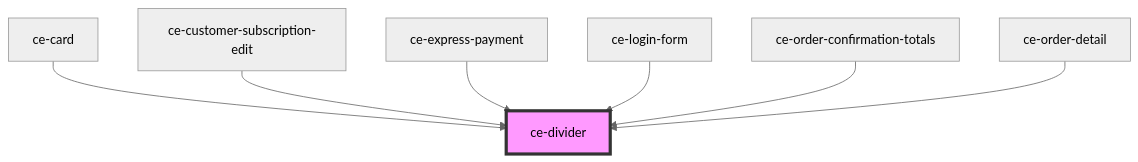
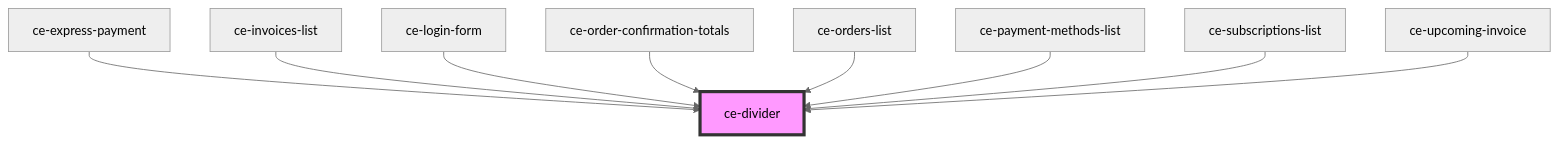
One commit to surecart/surecart-wp-plugin changed the diagram in packages/components/src/components/ui/divider/readme.md. Above: the diagram before and after it, drawn with Mermaid (neutral theme). The commit also changed other lines of this file and 118 other files, not shown here.

````diff
--- a/packages/components/src/components/ui/divider/readme.md
+++ b/packages/components/src/components/ui/divider/readme.md
@@ -29,10 +31,12 @@
 ```mermaid
 graph TD;
-  ce-card --> ce-divider
-  ce-customer-subscription-edit --> ce-divider
   ce-express-payment --> ce-divider
+  ce-invoices-list --> ce-divider
   ce-login-form --> ce-divider
   ce-order-confirmation-totals --> ce-divider
-  ce-order-detail --> ce-divider
+  ce-orders-list --> ce-divider
+  ce-payment-methods-list --> ce-divider
+  ce-subscriptions-list --> ce-divider
+  ce-upcoming-invoice --> ce-divider
   style ce-divider fill:#f9f,stroke:#333,stroke-width:4px
 ```
````
